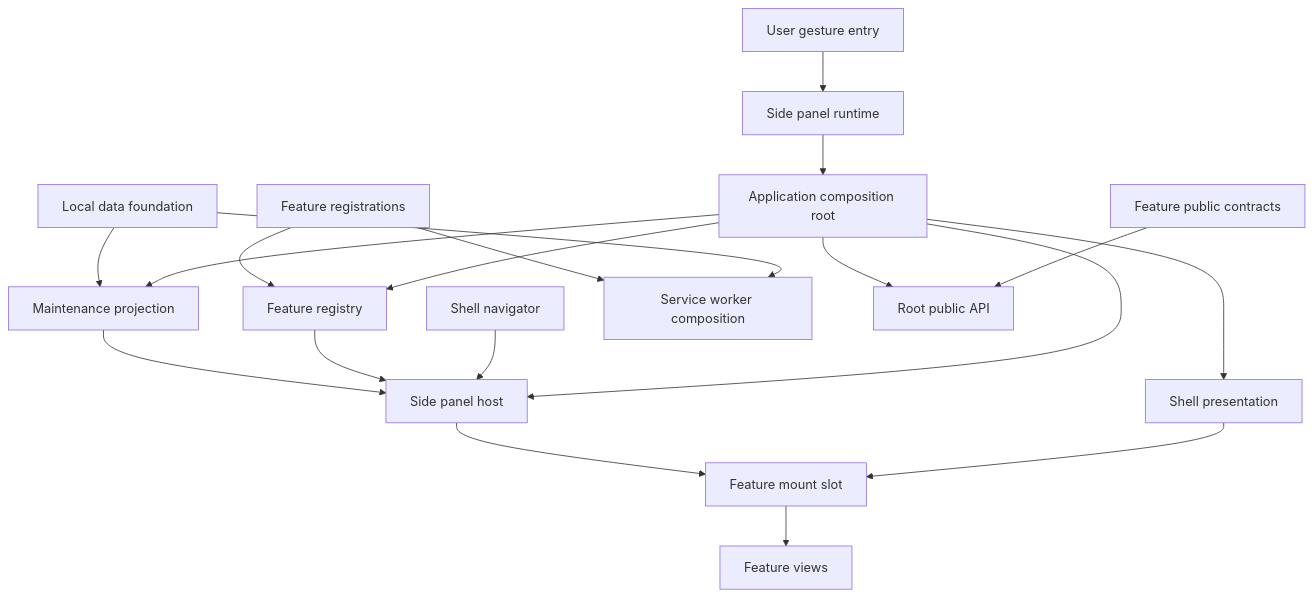
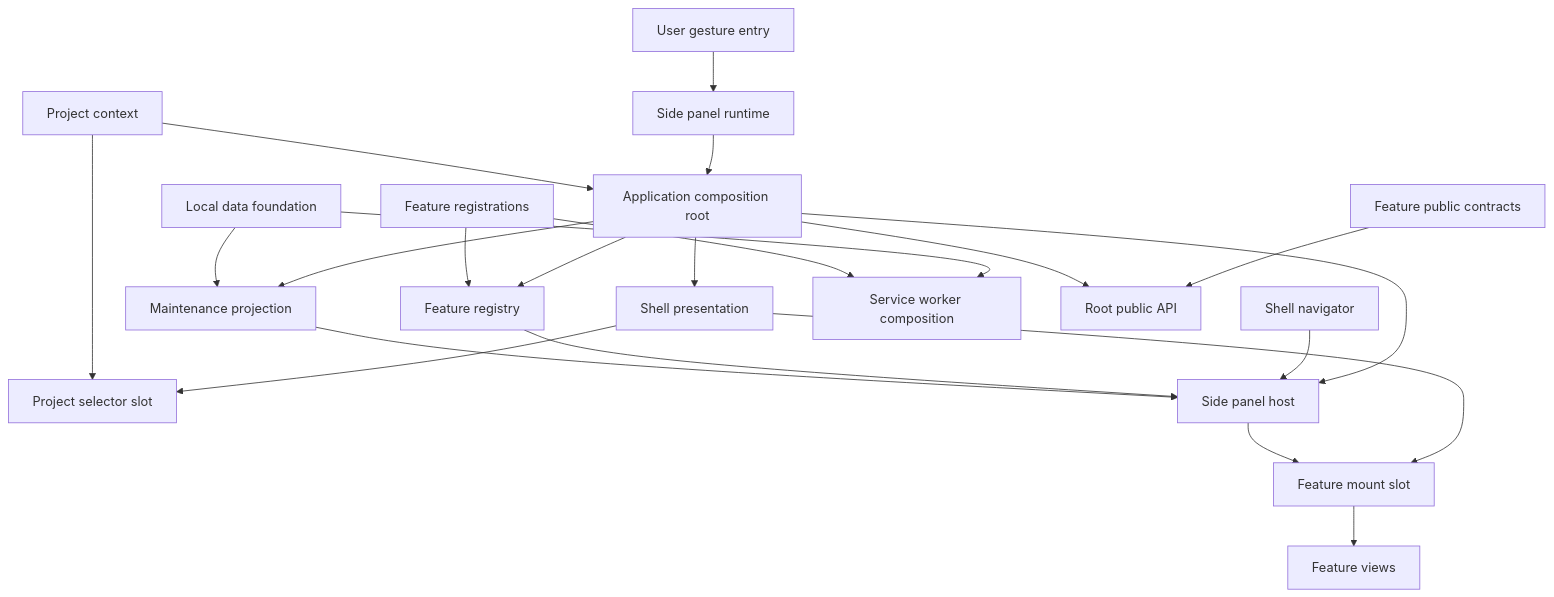
The first of 2 diagrams in .kiro/specs/application-shell/design.md (Huruikagi/pc-build-planner), drawn with Mermaid before and after one commit. The commit also changed other lines of this file and 8 other files, not shown here.

````diff
--- a/.kiro/specs/application-shell/design.md
+++ b/.kiro/specs/application-shell/design.md
@@ -84,21 +89,24 @@
 ```mermaid
 graph TB
     Gesture[User gesture entry] --> Runtime[Side panel runtime]
     Runtime --> Root[Application composition root]
     Root --> Registry[Feature registry]
     Root --> Maintenance[Maintenance projection]
     Root --> Presentation[Shell presentation]
+    Presentation --> ProjectSlot[Project selector slot]
+    ProjectContext[Project context] --> ProjectSlot
+    ProjectContext --> Root
     Presentation --> FeatureSlot[Feature mount slot]
     Root --> Host[Side panel host]
     Navigator[Shell navigator] --> Host
     Host --> FeatureSlot
     Registry --> Host
     Maintenance --> Host
     Foundation[Local data foundation] --> Maintenance
     Foundation --> WorkerRuntime[Service worker composition]
     Features --> WorkerRuntime
     Features[Feature registrations] --> Registry
     FeatureSlot --> FeatureViews[Feature views]
     PublicContracts[Feature public contracts] --> RootApi[Root public API]
     Root --> RootApi
 ```
````
